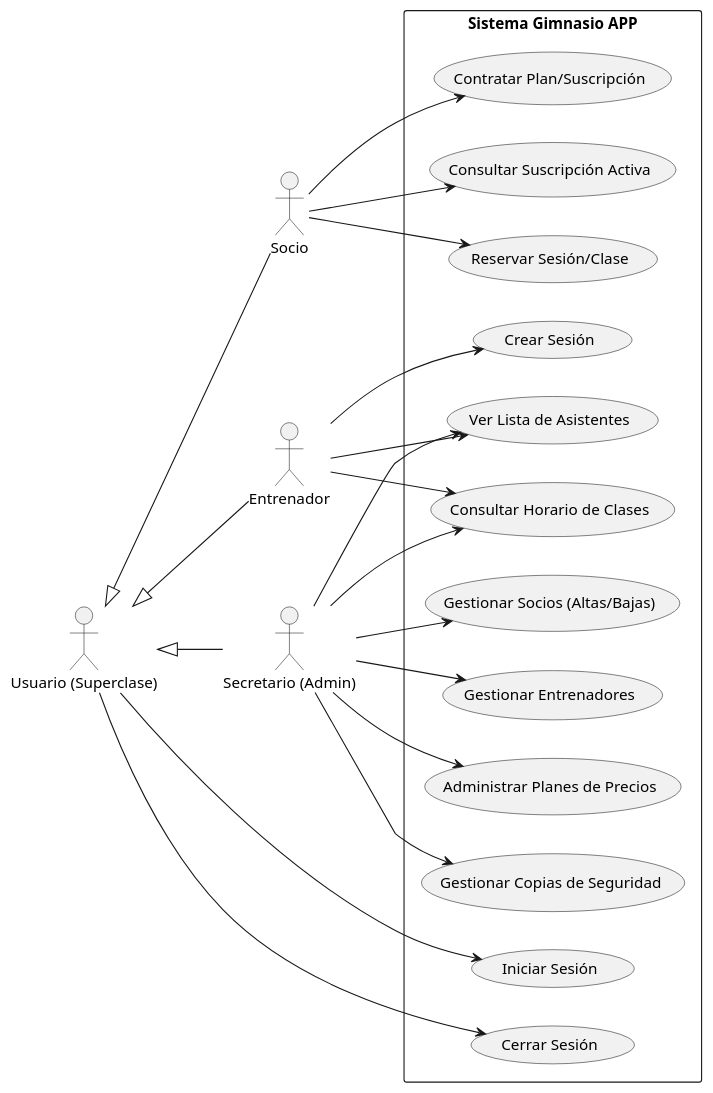
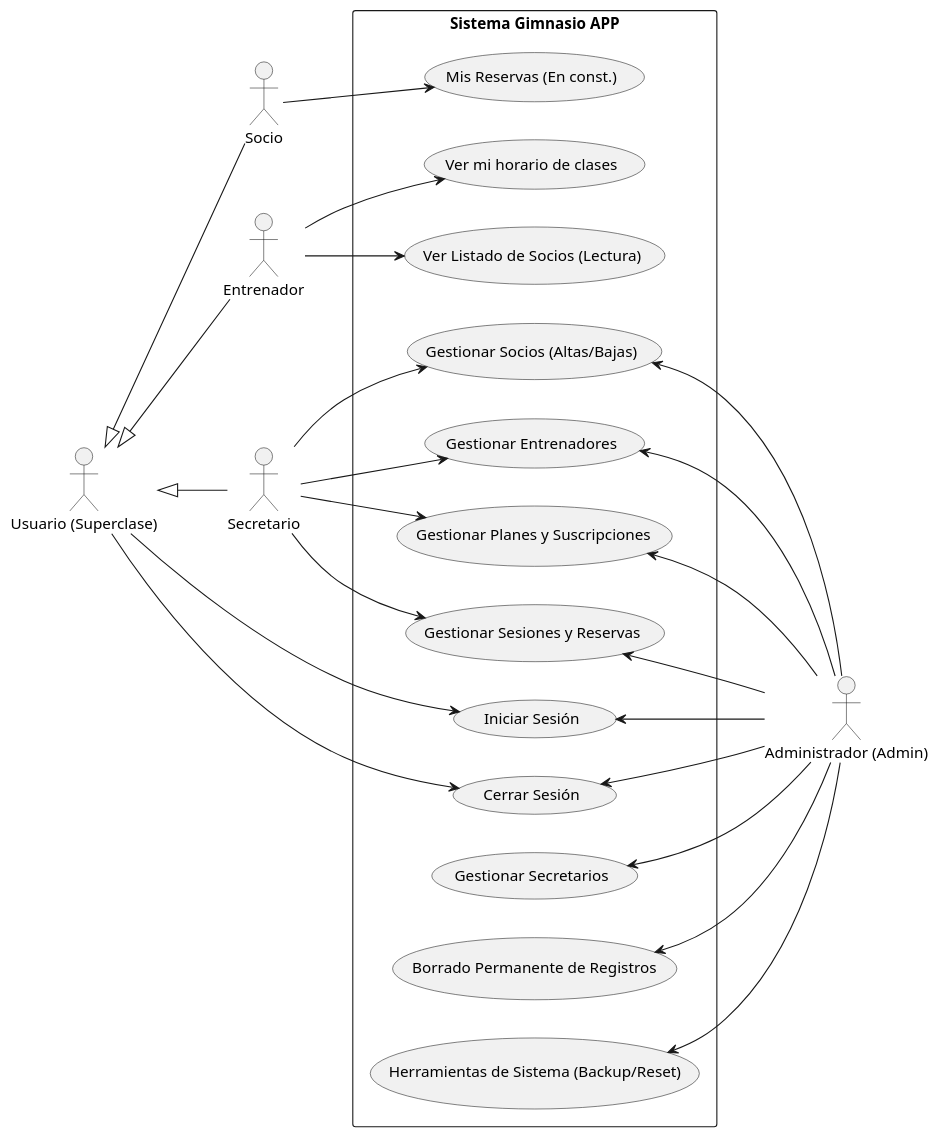
One commit to FerminGarridoMartinDAM/ProyectoInterModular1DAMAppGimnasio changed the diagram in docs/diagramasUML/DiagramasCasoUso/Casos_De_Uso.puml. Above: the diagram before and after it, drawn with PlantUML. The commit also changed 1 other file, not shown here.

Commit message:
doc(DiagramasUML): Actualizado Casos de Uso Version 1.0

```diff
--- a/docs/diagramasUML/DiagramasCasoUso/Casos_De_Uso.puml
+++ b/docs/diagramasUML/DiagramasCasoUso/Casos_De_Uso.puml
@@ -1,66 +1,74 @@
 @startuml
 left to right direction
 
-' 1. Definición de los actores
+' 1. Definición de los actores principales (Aparecerán a la izquierda)
 actor "Usuario (Superclase)" as usuario
 actor "Socio" as socio
 actor "Entrenador" as entrenador
-actor "Secretario (Admin)" as secretario
+actor "Secretario" as secretario
 
-' 2. Jerarquía de herencia: Todos heredan las funciones base de Usuario
+' 2. Jerarquía de herencia (Lado izquierdo)
 usuario <|-- socio  
-
 usuario <|-- entrenador
-
 usuario <|-- secretario
 
 rectangle "Sistema Gimnasio APP" {
   
   ' Funciones Generales
   usecase "Iniciar Sesión" as UC1
   usecase "Cerrar Sesión" as UC2
   
   ' Funciones de Cliente (Socio)
-  usecase "Contratar Plan/Suscripción" as UC3
-  usecase "Consultar Suscripción Activa" as UC4
-  usecase "Reservar Sesión/Clase" as UC5
+  usecase "Mis Reservas (En const.)" as UC3
   
-  ' Funciones de Operaciones (Entrenador y Secretario)
-  usecase "Consultar Horario de Clases" as UC6
-  usecase "Ver Lista de Asistentes" as UC7
-  usecase "Crear Sesión" as UC8
+  ' Funciones de Entrenador
+  usecase "Ver mi horario de clases" as UC4
+  usecase "Ver Listado de Socios (Lectura)" as UC5
   
-  ' Funciones de Administración (Secretario)
-  usecase "Gestionar Socios (Altas/Bajas)" as UC9
-  usecase "Gestionar Entrenadores" as UC10
-  usecase "Administrar Planes de Precios" as UC11
-  usecase "Gestionar Copias de Seguridad" as UC12
+  ' Funciones de Operaciones (Secretario y Admin)
+  usecase "Gestionar Socios (Altas/Bajas)" as UC6
+  usecase "Gestionar Entrenadores" as UC7
+  usecase "Gestionar Planes y Suscripciones" as UC8
+  usecase "Gestionar Sesiones y Reservas" as UC9
+  
+  ' Funciones Exclusivas de Administración (Admin)
+  usecase "Gestionar Secretarios" as UC10
+  usecase "Borrado Permanente de Registros" as UC11
+  usecase "Herramientas de Sistema (Backup/Reset)" as UC12
 }
+
+' 3. Definición del Administrador (Para que aparezca a la derecha)
+actor "Administrador (Admin)" as admin
 
 ' --- RELACIONES ---
 
 ' Relaciones del Usuario (Heredadas por el resto)
 usuario --> UC1
 usuario --> UC2
 
 ' Relaciones del Socio
 socio --> UC3
-socio --> UC4
-socio --> UC5
 
 ' Relaciones del Entrenador
-entrenador --> UC6
-entrenador --> UC7
-entrenador --> UC8
+entrenador --> UC4
+entrenador --> UC5
 
 ' Relaciones del Secretario
-' Como es el administrador, necesita ver horarios y asistentes para gestionar, 
-' además de sus funciones exclusivas de CRUD.
 secretario --> UC6
 secretario --> UC7
+secretario --> UC8
 secretario --> UC9
-secretario --> UC10
-secretario --> UC11
-secretario --> UC12
+
+' Relaciones del Administrador (Aparecerá a la derecha)
+' Usamos <-- para forzar que el actor se dibuje en el lado derecho del rectángulo
+UC1 <-- admin
+UC2 <-- admin
+UC6 <-- admin
+UC7 <-- admin
+UC8 <-- admin
+UC9 <-- admin
+UC10 <-- admin
+UC11 <-- admin
+UC12 <-- admin
 
 @enduml
```
